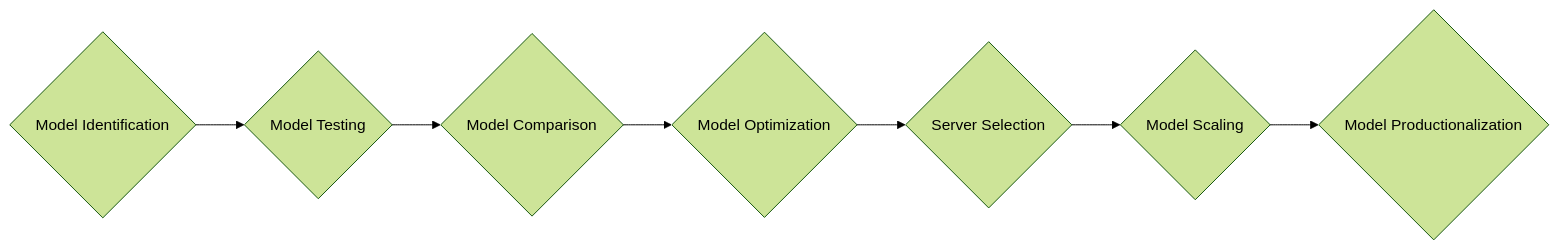
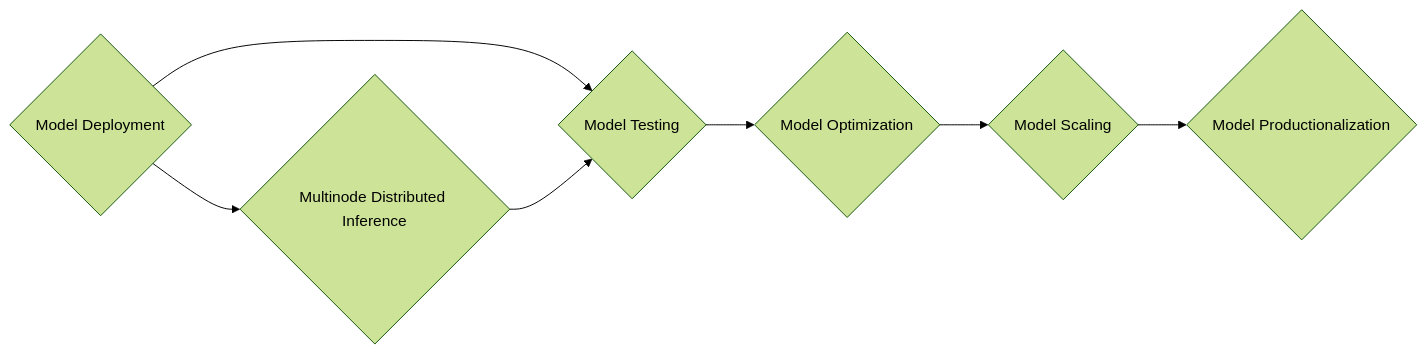
One commit to omrishiv/ai-on-eks changed the diagram in website/docs/blueprints/inference/index.md. Above: the diagram before and after it, drawn with Mermaid (forest theme). The commit also changed 1 other file, not shown here.

Commit message:
update learning graph and add a note on model endpoints

````diff
--- a/website/docs/blueprints/inference/index.md
+++ b/website/docs/blueprints/inference/index.md
@@ -16,28 +16,25 @@
 ```mermaid
 flowchart LR
     %% deploy model
-    step1{Model Identification}
+    modelDeployment{Model Deployment}
     %% model testing
     modelTesting{Model Testing}
-    %% deploy different model
-    step2{Model Comparison}
-
     %% model config optimization
     step3{Model Optimization}
-    %% server optimization
-    step4{Server Selection}
     %% model Scaling
     modelScaling{Model Scaling}
     %% production optimization
     step6{Model Productionalization}
+    multinodeDistributedInference{Multinode Distributed Inference}
 
-    step1-->modelTesting-->step2-->step3-->step4-->modelScaling-->step6
+  modelDeployment-->modelTesting-->step3-->modelScaling-->step6
+  modelDeployment-->multinodeDistributedInference
+  multinodeDistributedInference-->modelTesting
 
-    click step1 "https://awslabs.github.io/ai-on-eks/docs/category/inference-on-eks/ai/llm/model-identification.md"
+    click modelDeployment "https://awslabs.github.io/ai-on-eks/docs/category/inference-on-eks/ai/llm/model-identification.md"
     click modelTesting "https://awslabs.github.io/ai-on-eks/docs/category/inference-on-eks/ai/llm/model-testing.md"
-    click step2 "https://awslabs.github.io/ai-on-eks/docs/category/inference-on-eks/ai/llm/step2.md"
     click step3 "https://awslabs.github.io/ai-on-eks/docs/category/inference-on-eks/ai/llm/step3.md"
-    click step4 "https://awslabs.github.io/ai-on-eks/docs/category/inference-on-eks/ai/llm/step4.md"
     click modelScaling "https://awslabs.github.io/ai-on-eks/docs/category/inference-on-eks/ai/llm/model-scaling.md"
     click step6 "https://awslabs.github.io/ai-on-eks/docs/category/inference-on-eks/ai/llm/step6.md"
+    click multinodeDistributedInference "https://awslabs.github.io/ai-on-eks/docs/category/inference-on-eks/ai/llm/multinode-distributed-inference.md"
 ```
````
